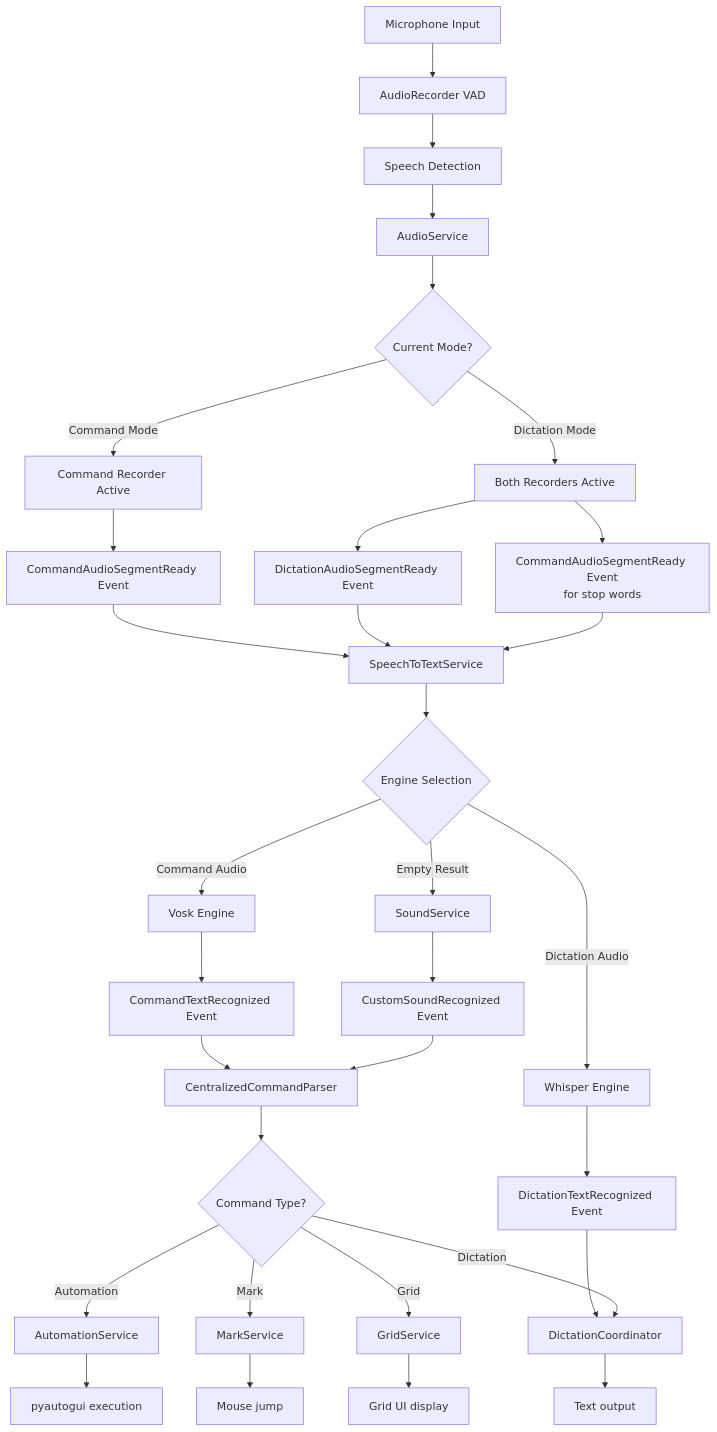
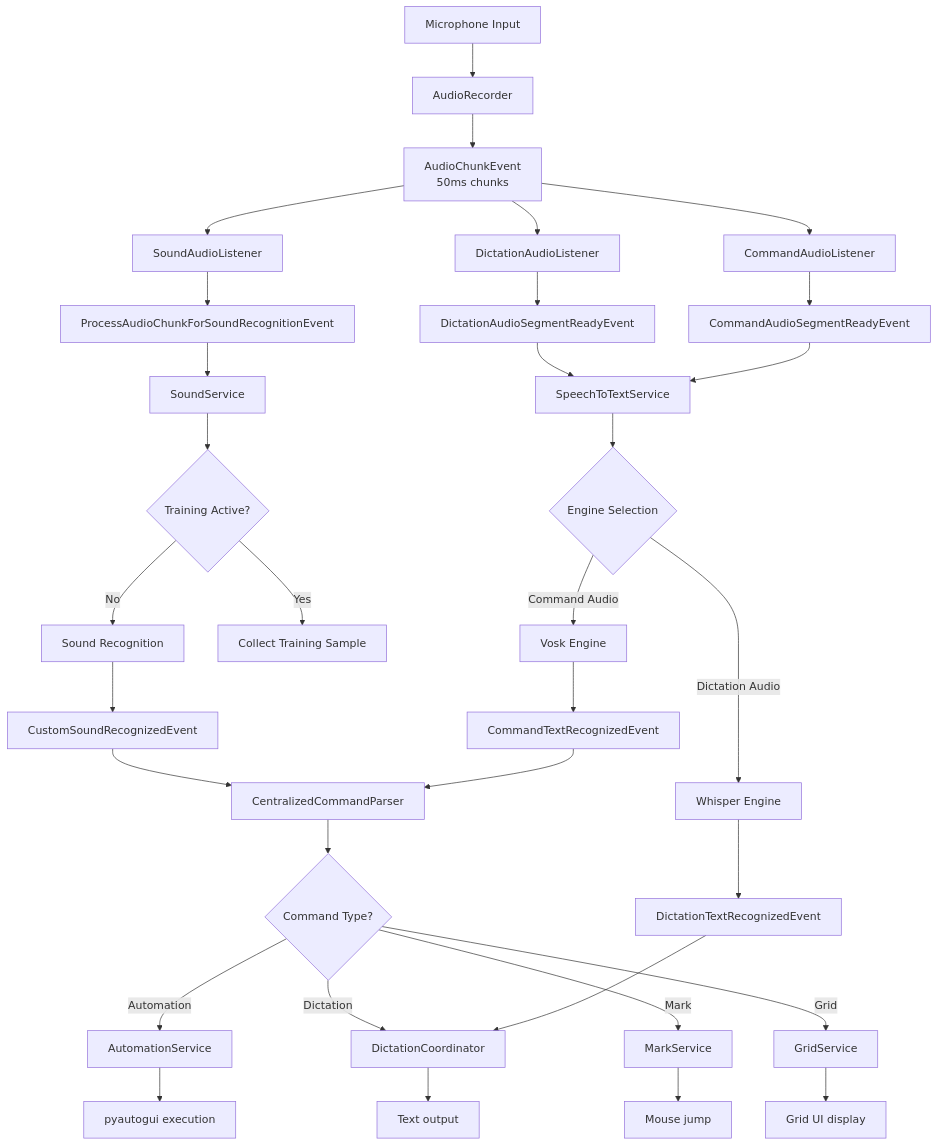
One commit to rick12000/vocalance changed the first of 2 diagrams in docs/developer/introduction.rst. Above: the diagram before and after it, drawn with Mermaid. The commit also changed other lines of this file and 12 other files, not shown here.

```diff
--- a/docs/developer/introduction.rst
+++ b/docs/developer/introduction.rst
@@ -15,42 +15,44 @@
 .. mermaid::
 
    flowchart TD
-       A[Microphone Input] --> B[AudioRecorder VAD]
-       B --> C[Speech Detection]
-       C --> D[AudioService]
+       A[Microphone Input] --> B[AudioRecorder]
+       B --> C[AudioChunkEvent<br/>50ms chunks]
 
-       D --> E{Current Mode?}
-       E -->|Command Mode| F[Command Recorder Active]
-       E -->|Dictation Mode| G[Both Recorders Active]
+       C --> D[CommandAudioListener]
+       C --> E[DictationAudioListener]
+       C --> F[SoundAudioListener]
 
-       F --> H[CommandAudioSegmentReady Event]
-       G --> I[DictationAudioSegmentReady Event]
-       G --> J[CommandAudioSegmentReady Event<br/>for stop words]
+       D --> G[CommandAudioSegmentReadyEvent]
+       E --> H[DictationAudioSegmentReadyEvent]
+       F --> I[ProcessAudioChunkForSoundRecognitionEvent]
 
-       H --> K[SpeechToTextService]
-       I --> K
-       J --> K
+       G --> J[SpeechToTextService]
+       H --> J
 
-       K --> L{Engine Selection}
-       L -->|Command Audio| M[Vosk Engine]
-       L -->|Dictation Audio| N[Whisper Engine]
-       L -->|Empty Result| O[SoundService]
+       J --> K{Engine Selection}
+       K -->|Command Audio| L[Vosk Engine]
+       K -->|Dictation Audio| M[Whisper Engine]
 
-       M --> P[CommandTextRecognized Event]
-       N --> Q[DictationTextRecognized Event]
-       O --> R[CustomSoundRecognized Event]
+       L --> N[CommandTextRecognizedEvent]
+       M --> O[DictationTextRecognizedEvent]
 
-       P --> S[CentralizedCommandParser]
-       Q --> T[DictationCoordinator]
-       R --> S
+       I --> P[SoundService]
+       P --> Q{Training Active?}
+       Q -->|Yes| R[Collect Training Sample]
+       Q -->|No| S[Sound Recognition]
+       S --> T[CustomSoundRecognizedEvent]
 
-       S --> U{Command Type?}
-       U -->|Automation| V[AutomationService]
-       U -->|Mark| W[MarkService]
-       U -->|Grid| X[GridService]
-       U -->|Dictation| T
+       N --> U[CentralizedCommandParser]
+       O --> V[DictationCoordinator]
+       T --> U
 
-       V --> Y[pyautogui execution]
-       W --> Z[Mouse jump]
-       X --> AA[Grid UI display]
-       T --> AB[Text output]
+       U --> W{Command Type?}
+       W -->|Automation| X[AutomationService]
+       W -->|Mark| Y[MarkService]
+       W -->|Grid| Z[GridService]
+       W -->|Dictation| V
+
+       X --> AA[pyautogui execution]
+       Y --> AB[Mouse jump]
+       Z --> AC[Grid UI display]
+       V --> AD[Text output]
```
